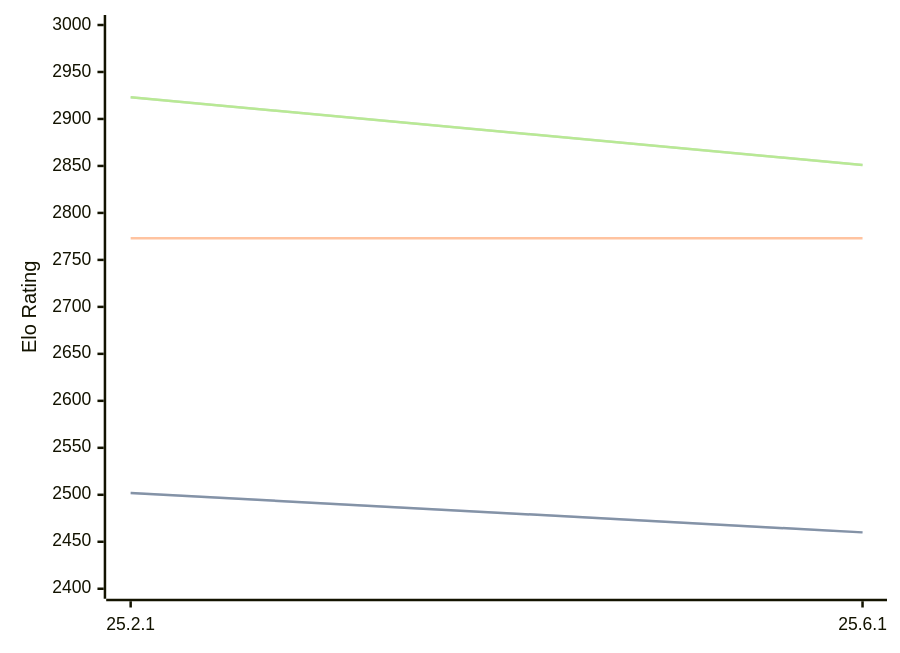
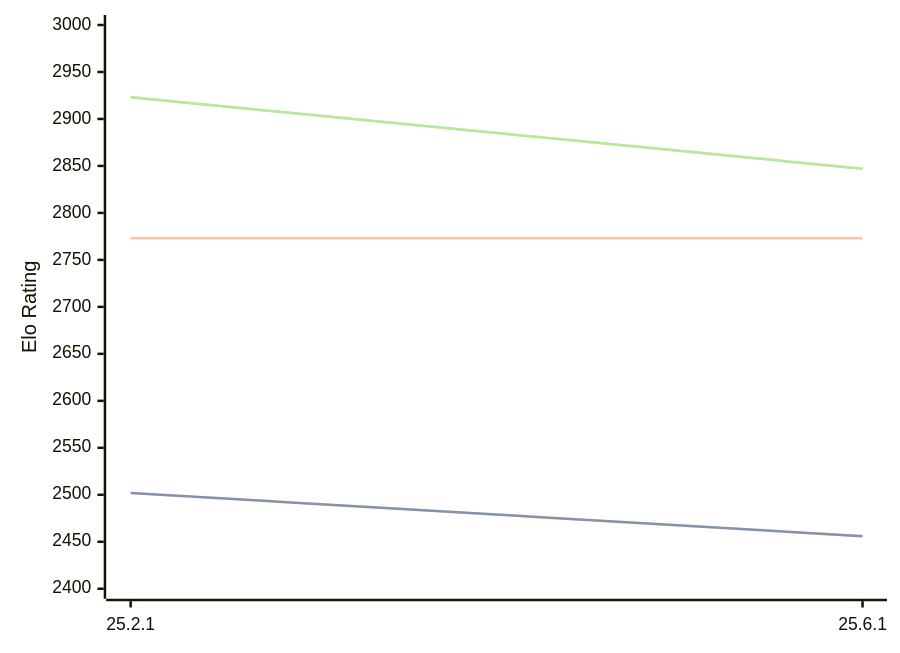
Before and after one commit to computer-chess-index/cci: the first of 3 diagrams in engines/Crafty.md, drawn with Mermaid. The commit also changed other lines of this file, not shown here.

Commit message:
Update CCI Ratings (ELO VLTC) - 2026-07-12

````diff
--- a/engines/Crafty.md
+++ b/engines/Crafty.md
@@ -32,11 +32,11 @@
 ```mermaid
 %%{init: {"theme":"base","themeVariables":{"seriesColors:['#a3a3a3','#222221','#faa371']}}}%%
 xychart-beta
   x-axis ["25.2.1", "25.6.1"]
   y-axis "Elo Rating" 2400 --> 3000
-  line "STC (8.0+0.08s)" [2502, 2460]
-  line "STC (8.0+0.08s)" [2502, 2460]
+  line "STC (8.0+0.08s)" [2502, 2456]
+  line "STC (8.0+0.08s)" [2502, 2456]
   line "LTC (60.0+0.60s)" [2773, 2773]
-  line "VLTC (2m24s+1.12s)" [2923, 2851]
-  line "VLTC (2m24s+1.12s)" [2923, 2851]
+  line "VLTC (2m24s+1.12s)" [2923, 2847]
+  line "VLTC (2m24s+1.12s)" [2923, 2847]
 ```
````
